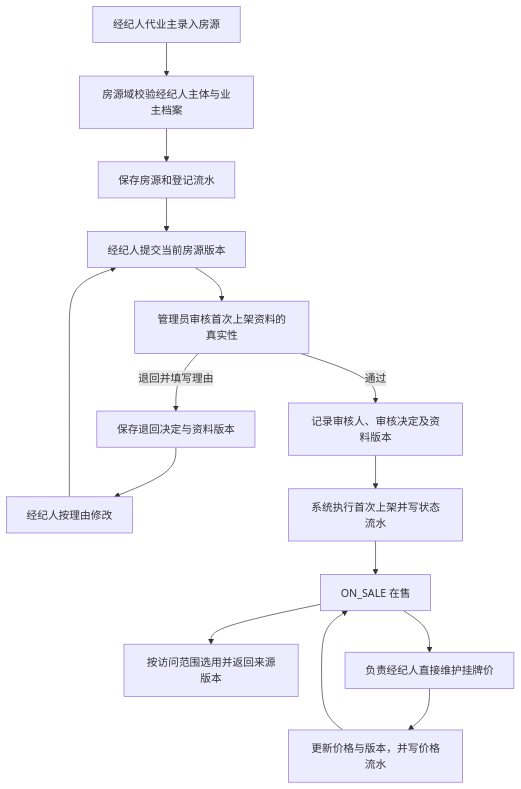
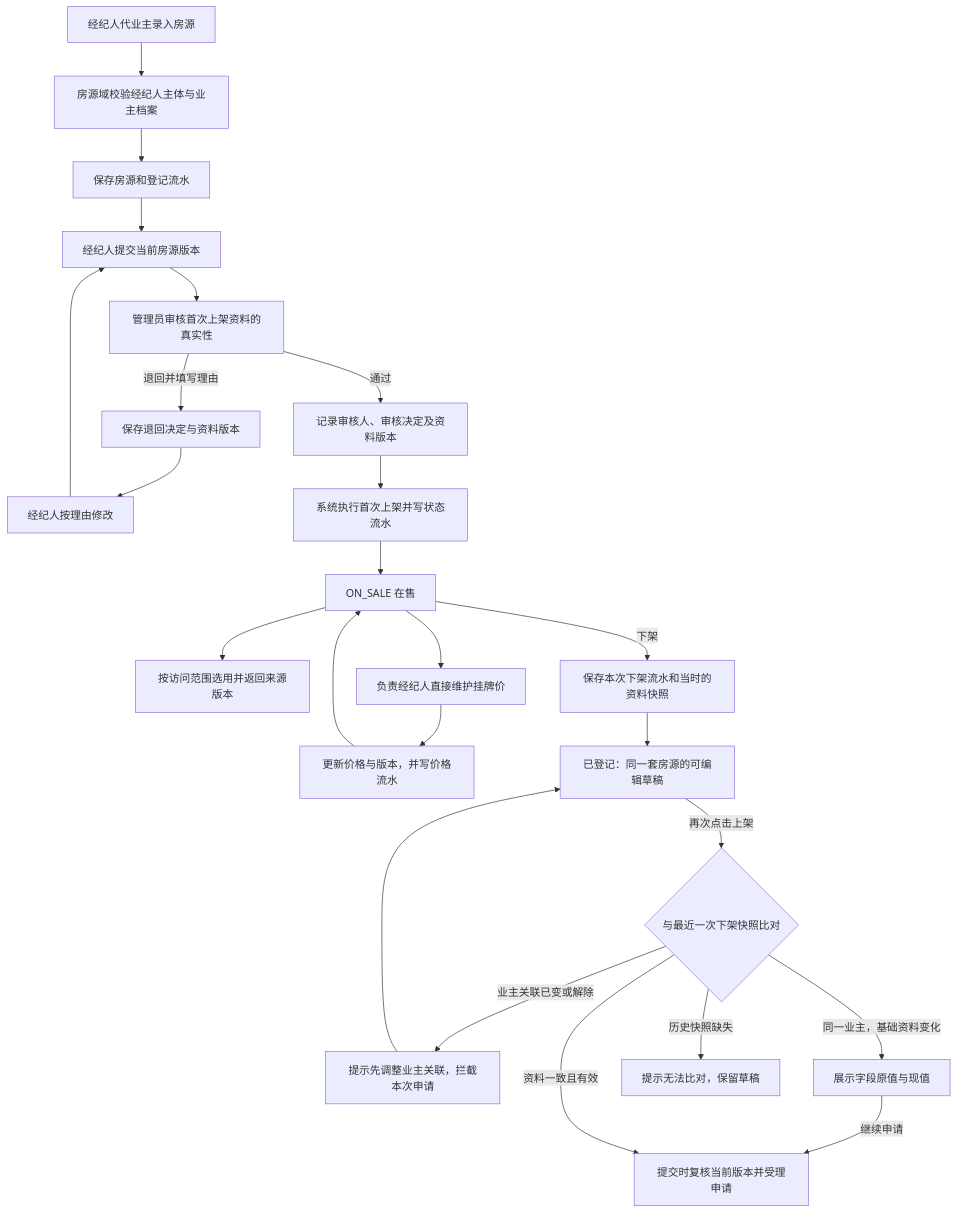
Before and after one commit to crj-tik/BkAnentProject: the second of 4 diagrams in openspec/changes/align-listing-marketing-workflows/dataflow.md, drawn with Mermaid. The commit also changed other lines of this file and 6 other files, not shown here.

````diff
--- a/openspec/changes/align-listing-marketing-workflows/dataflow.md
+++ b/openspec/changes/align-listing-marketing-workflows/dataflow.md
@@ -32,17 +32,26 @@
 ```mermaid
 flowchart TD
     Create[经纪人代业主录入房源] --> Owner[房源域校验经纪人主体与业主档案]
     Owner --> Save[保存房源和登记流水]
     Save --> Submit[经纪人提交当前房源版本]
     Submit --> Review[管理员审核首次上架资料的真实性]
     Review -->|退回并填写理由| Return[保存退回决定与资料版本]
     Return --> Edit[经纪人按理由修改]
     Edit --> Submit
     Review -->|通过| Approve[记录审核人、审核决定及资料版本]
     Approve --> MarkLive[系统执行首次上架并写状态流水]
     MarkLive --> Active[ON_SALE 在售]
     Active --> Select[按访问范围选用并返回来源版本]
     Active --> Adjust[负责经纪人直接维护挂牌价]
     Adjust --> Commit[更新价格与版本，并写价格流水]
     Commit --> Active
+    Active -->|下架| Delist[保存本次下架流水和当时的资料快照]
+    Delist --> Registered[已登记：同一套房源的可编辑草稿]
+    Registered -->|再次点击上架| Compare{与最近一次下架快照比对}
+    Compare -->|业主关联已变或解除| FixOwner[提示先调整业主关联，拦截本次申请]
+    FixOwner --> Registered
+    Compare -->|同一业主，基础资料变化| Changes[展示字段原值与现值]
+    Changes -->|继续申请| Apply[提交时复核当前版本并受理申请]
+    Compare -->|资料一致且有效| Apply
+    Compare -->|历史快照缺失| Missing[提示无法比对，保留草稿]
 ```
````
